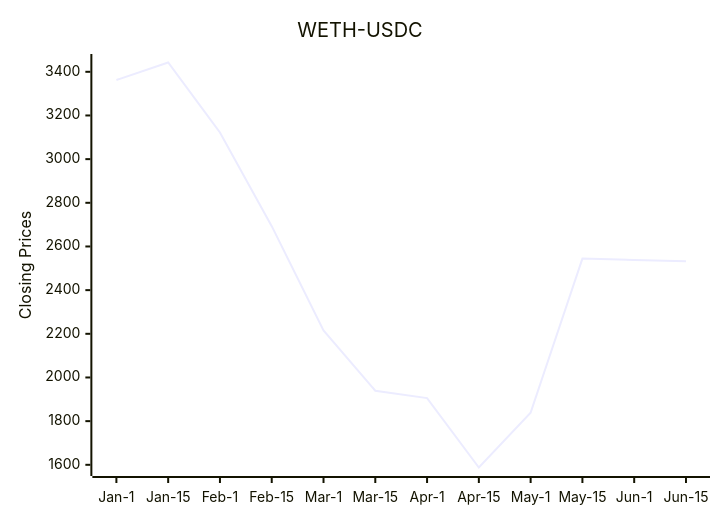
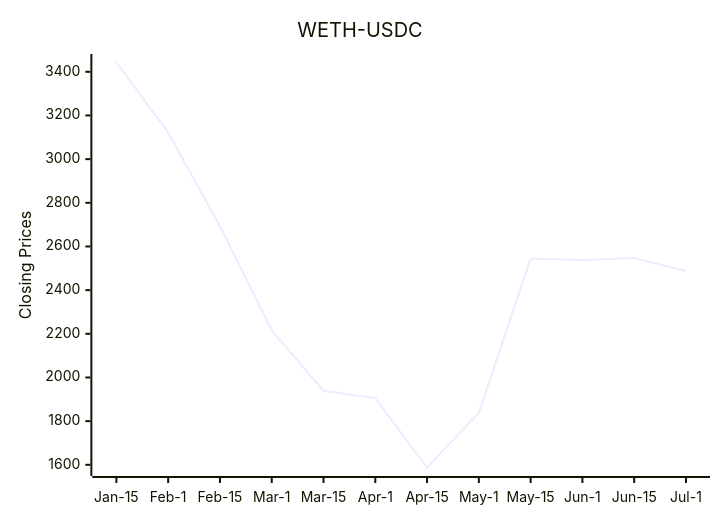
Before and after one commit to bicced/ReadmeCryptoPriceChart: the diagram in README.md, drawn with Mermaid.

Commit message:
Update README with latest DEX data

````diff
--- a/README.md
+++ b/README.md
@@ -6,7 +6,7 @@
 ```mermaid
 xychart-beta
   title "WETH-USDC"
-  x-axis [Jan-1,Jan-15,Feb-1,Feb-15,Mar-1,Mar-15,Apr-1,Apr-15,May-1,May-15,Jun-1,Jun-15]
+  x-axis [Jan-15,Feb-1,Feb-15,Mar-1,Mar-15,Apr-1,Apr-15,May-1,May-15,Jun-1,Jun-15,Jul-1]
   y-axis "Closing Prices" 1587.66 --> 3442.60666821535
-  line [3362.281527969,3442.60666821535,3122.15,2693.01,2215.45,1939.29,1905.62,1587.66,1839.06,2544.38,2538.04,2532.6]
+  line [3442.60666821535,3122.15,2693.01,2215.45,1939.29,1905.62,1587.66,1839.06,2544.38,2538.04,2547.02,2487.06]
 ```
````
